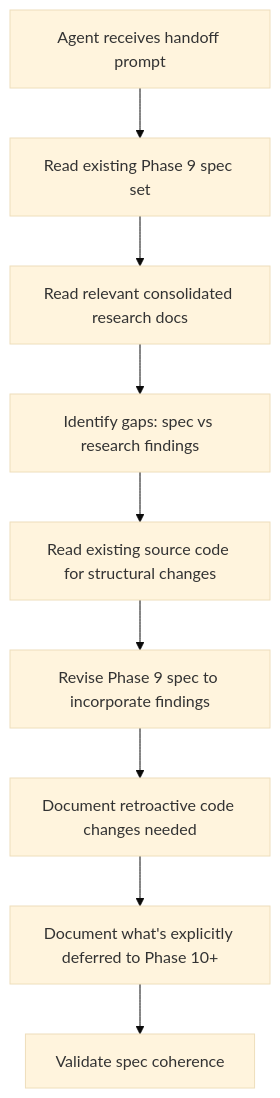
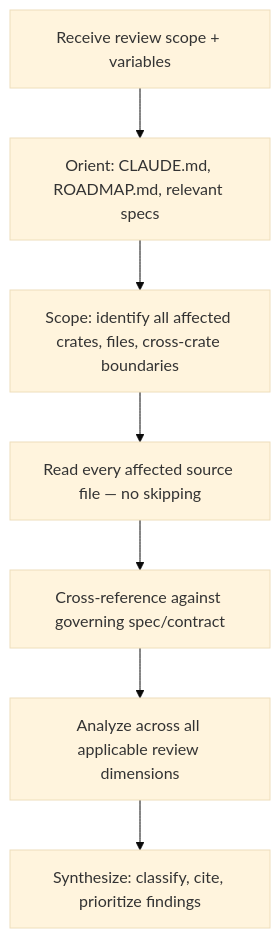
One commit to MattMagg/MisterSmith changed the diagram in docs/prompt-improver-spec/implementation_plan.md. Above: the diagram before and after it, drawn with Mermaid (base theme). The commit also changed other lines of this file and 24 other files, not shown here.

````diff
--- a/docs/prompt-improver-spec/implementation_plan.md
+++ b/docs/prompt-improver-spec/implementation_plan.md
@@ -46,11 +40,9 @@
 ```mermaid
 graph TD
-    A[Agent receives handoff prompt] --> B[Read existing Phase 9 spec set]
-    B --> C[Read relevant consolidated research docs]
-    C --> D[Identify gaps: spec vs research findings]
-    D --> E[Read existing source code for structural changes]
-    E --> F[Revise Phase 9 spec to incorporate findings]
-    F --> G[Document retroactive code changes needed]
-    G --> H[Document what's explicitly deferred to Phase 10+]
-    H --> I[Validate spec coherence]
+    A[Receive review scope + variables] --> B[Orient: CLAUDE.md, ROADMAP.md, relevant specs]
+    B --> C[Scope: identify all affected crates, files, cross-crate boundaries]
+    C --> D[Read every affected source file — no skipping]
+    D --> E[Cross-reference against governing spec/contract]
+    E --> F[Analyze across all applicable review dimensions]
+    F --> G[Synthesize: classify, cite, prioritize findings]
 ```
````
